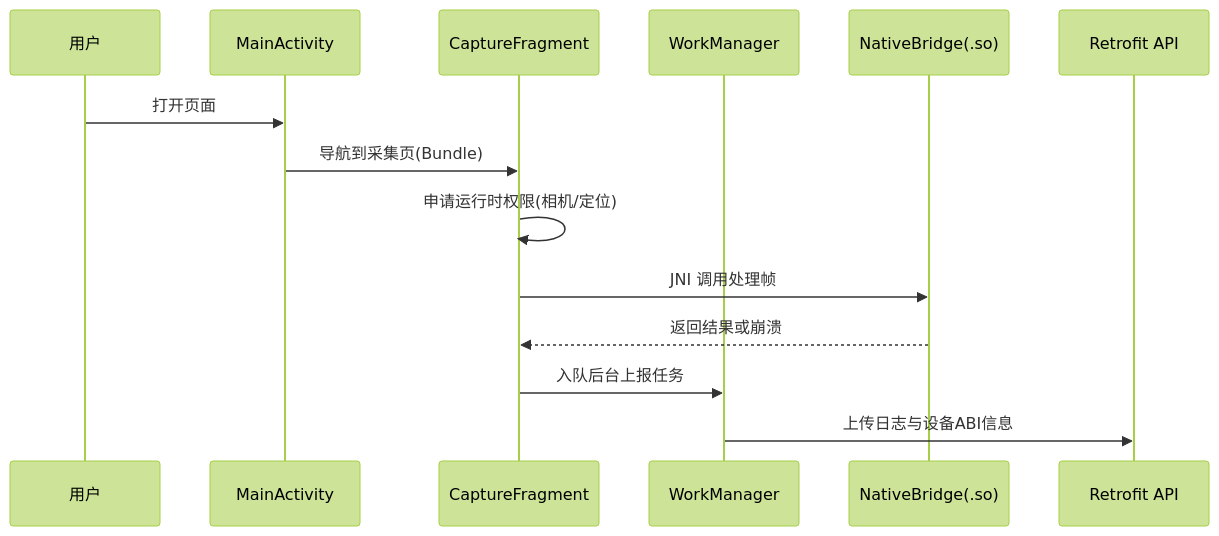
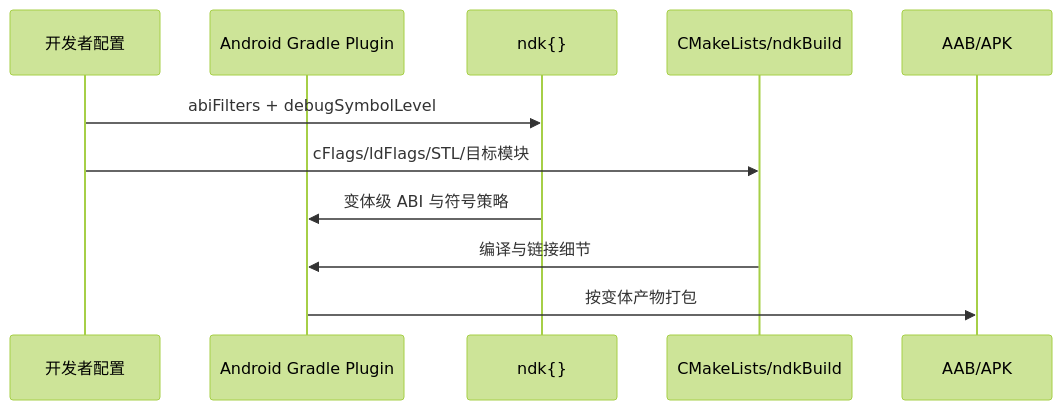
Before and after one commit to Carrie-L/carrie-l.github.io: the second of 3 diagrams in AndroidDeveloperGuideStory/Contents/vol21/21.1.170 NDK.md, drawn with Mermaid (forest theme). The commit also changed other lines of this file, not shown here.

Commit message:
feat(chapter-21.1.170): complete NDK DSL chapter with migration and ABI strategy

````diff
--- a/AndroidDeveloperGuideStory/Contents/vol21/21.1.170 NDK.md
+++ b/AndroidDeveloperGuideStory/Contents/vol21/21.1.170 NDK.md
@@ -122,17 +207,14 @@
 ```mermaid
 sequenceDiagram
-    participant U as 用户
-    participant A as MainActivity
-    participant F as CaptureFragment
-    participant W as WorkManager
-    participant N as NativeBridge(.so)
-    participant R as Retrofit API
+    participant Dev as 开发者配置
+    participant AGP as Android Gradle Plugin
+    participant NDK as ndk{}
+    participant CMake as CMakeLists/ndkBuild
+    participant Bundle as AAB/APK
 
-    U->>A: 打开页面
-    A->>F: 导航到采集页(Bundle)
-    F->>F: 申请运行时权限(相机/定位)
-    F->>N: JNI 调用处理帧
-    N-->>F: 返回结果或崩溃
-    F->>W: 入队后台上报任务
-    W->>R: 上传日志与设备ABI信息
+    Dev->>NDK: abiFilters + debugSymbolLevel
+    Dev->>CMake: cFlags/ldFlags/STL/目标模块
+    NDK->>AGP: 变体级 ABI 与符号策略
+    CMake->>AGP: 编译与链接细节
+    AGP->>Bundle: 按变体产物打包
 ```
````
